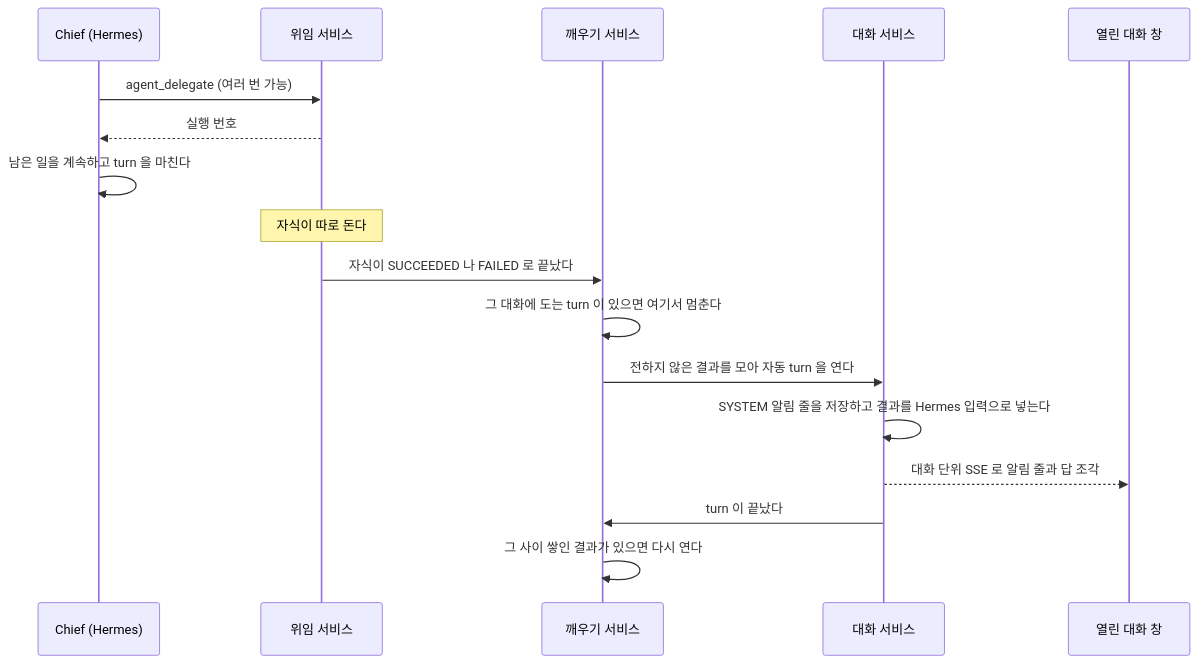
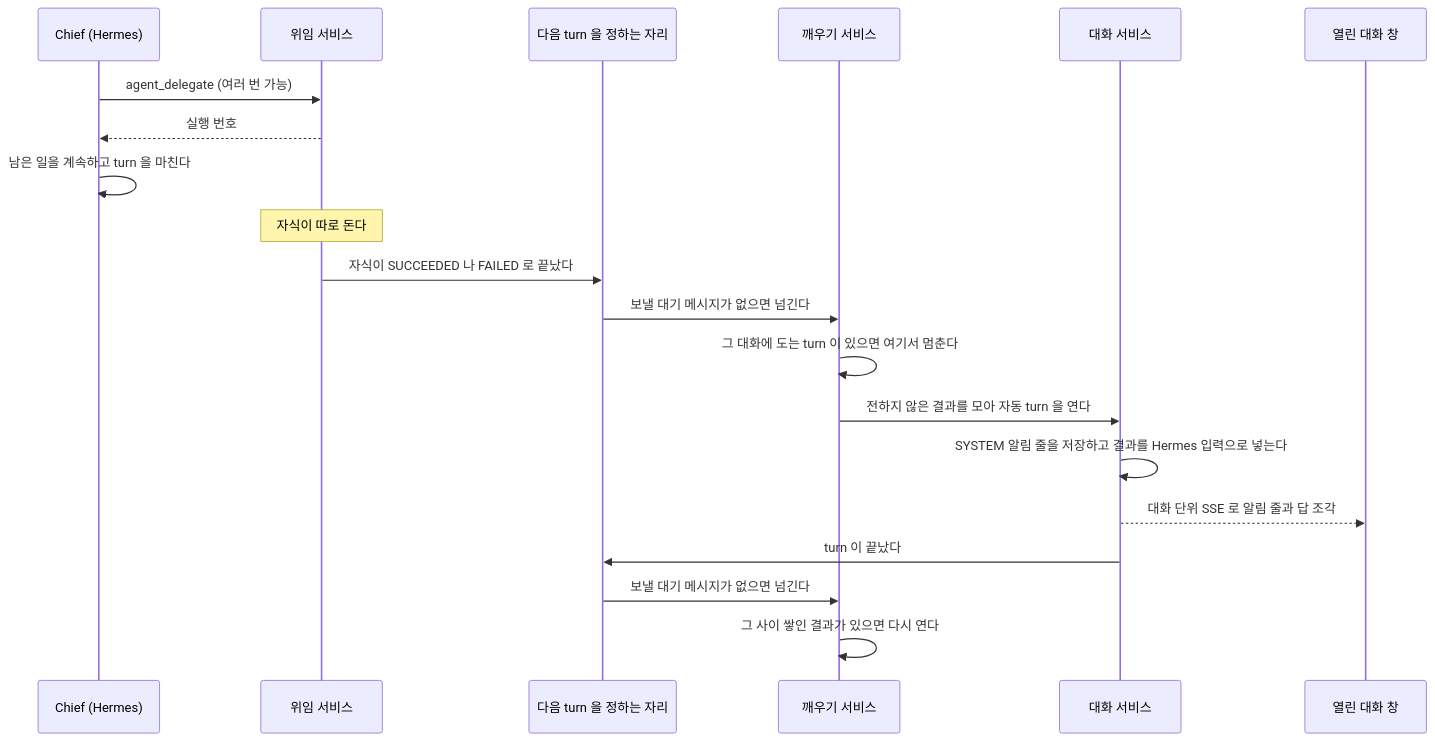
One commit to jon890/fos-assistant changed diagram 23 of 29 in docs/flow.md. Above: the diagram before and after it, drawn with Mermaid. The commit also changed 1 other file, not shown here.

Commit message:
docs(docs): 문서 검토 반영으로 깨우기 그림과 화면 규칙을 대기열 구조에 맞춘다

````diff
--- a/docs/flow.md
+++ b/docs/flow.md
@@ -1410,20 +1410,23 @@
 ```mermaid
 sequenceDiagram
     participant C as Chief (Hermes)
     participant D as 위임 서비스
+    participant N as 다음 turn 을 정하는 자리
     participant W as 깨우기 서비스
     participant S as 대화 서비스
     participant U as 열린 대화 창
 
     C->>D: agent_delegate (여러 번 가능)
     D-->>C: 실행 번호
     C->>C: 남은 일을 계속하고 turn 을 마친다
     Note over D: 자식이 따로 돈다
-    D->>W: 자식이 SUCCEEDED 나 FAILED 로 끝났다
+    D->>N: 자식이 SUCCEEDED 나 FAILED 로 끝났다
+    N->>W: 보낼 대기 메시지가 없으면 넘긴다
     W->>W: 그 대화에 도는 turn 이 있으면 여기서 멈춘다
     W->>S: 전하지 않은 결과를 모아 자동 turn 을 연다
     S->>S: SYSTEM 알림 줄을 저장하고 결과를 Hermes 입력으로 넣는다
     S-->>U: 대화 단위 SSE 로 알림 줄과 답 조각
-    S->>W: turn 이 끝났다
+    S->>N: turn 이 끝났다
+    N->>W: 보낼 대기 메시지가 없으면 넘긴다
     W->>W: 그 사이 쌓인 결과가 있으면 다시 연다
 ```
````
